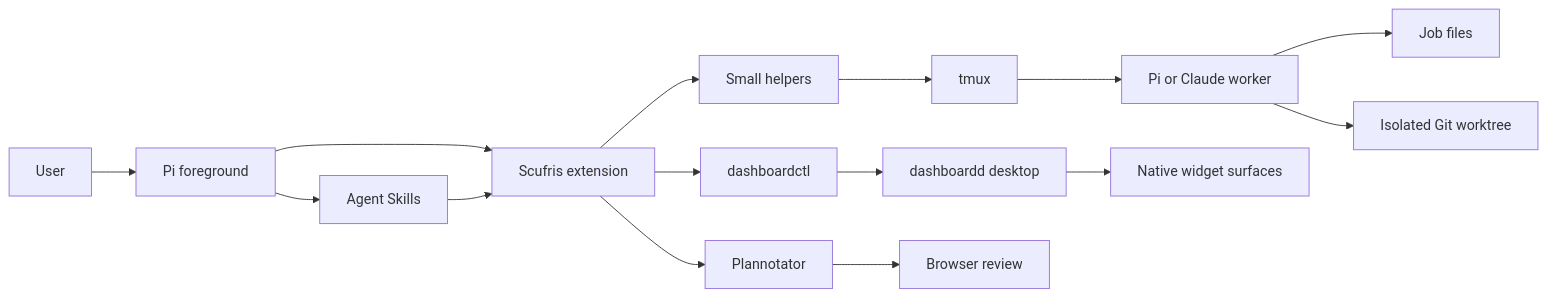
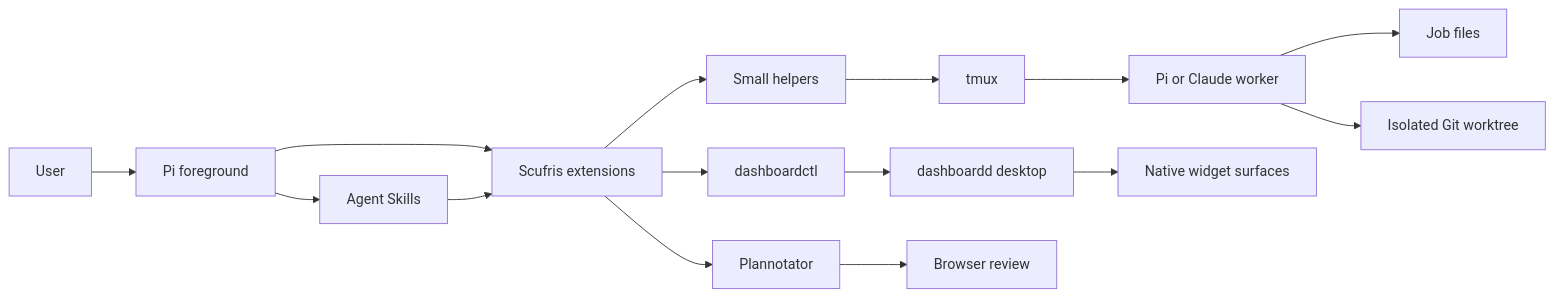
Before and after one commit to alexjercan/scufris2: the first of 5 diagrams in tasks/20260818-222337/ARCHITECTURE.md, drawn with Mermaid. The commit also changed other lines of this file and 10 other files, not shown here.

Commit message:
Split Scufris extensions

````diff
--- a/tasks/20260818-222337/ARCHITECTURE.md
+++ b/tasks/20260818-222337/ARCHITECTURE.md
@@ -18,17 +20,17 @@
 ```mermaid
 flowchart LR
   U[User] --> P[Pi foreground]
-  P --> E[Scufris extension]
+  P --> E[Scufris extensions]
   P --> S[Agent Skills]
   S --> E
   E --> H[Small helpers]
   H --> T[tmux]
   T --> W[Pi or Claude worker]
   W --> J[Job files]
   W --> G[Isolated Git worktree]
   E --> C[dashboardctl]
   C --> D[dashboardd desktop]
   D --> X[Native widget surfaces]
   E --> R[Plannotator]
   R --> B[Browser review]
 ```
````
